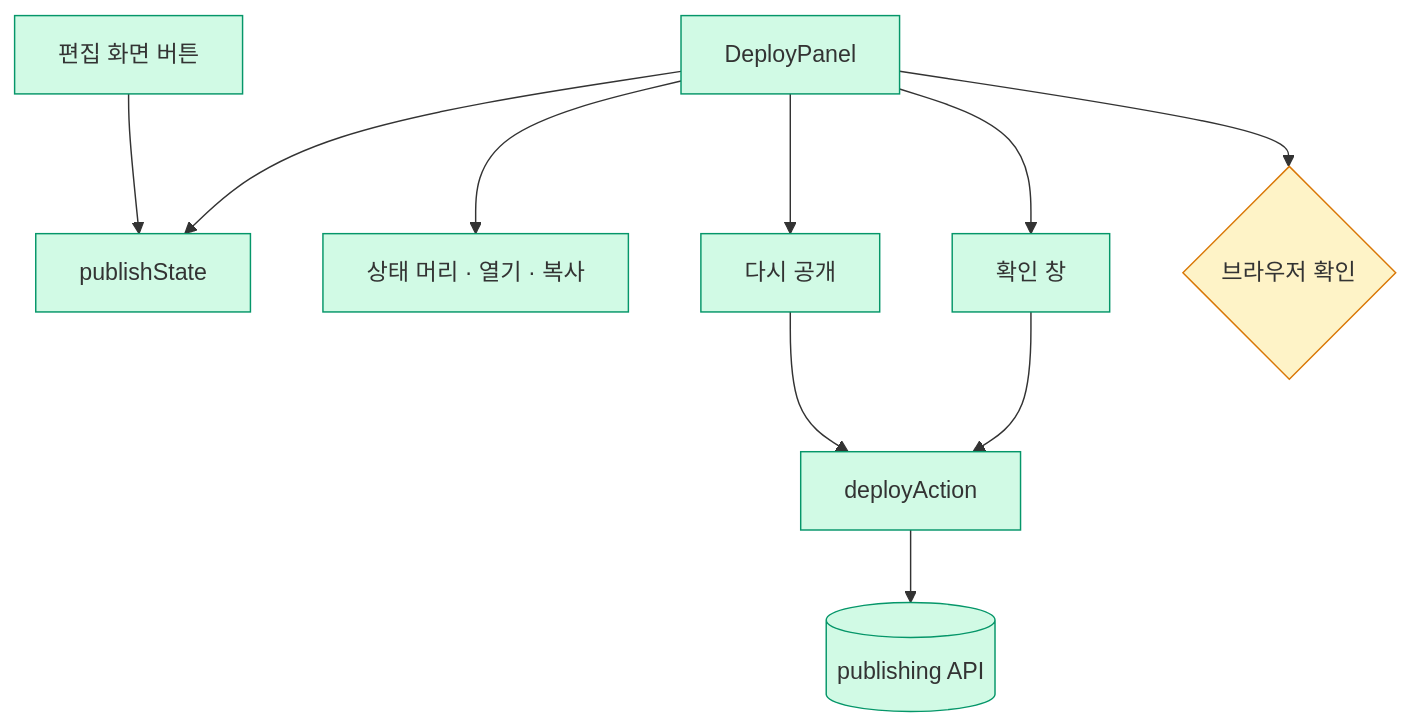
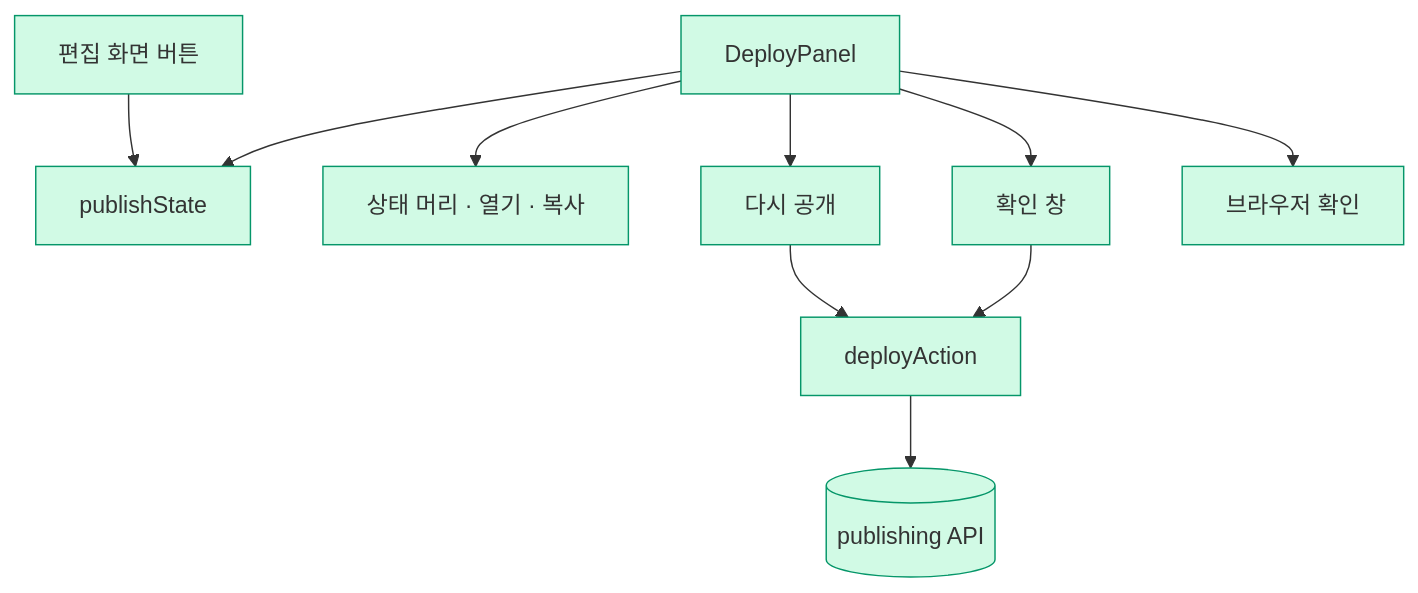
The diagram in .sitrep/sessions/20261120-1450-publish-flow/arch.mmd (Expresso-Organization/expresso), drawn with Mermaid before and after one commit. The commit also changed 7 other files, not shown here.

```diff
--- a/.sitrep/sessions/20261120-1450-publish-flow/arch.mmd
+++ b/.sitrep/sessions/20261120-1450-publish-flow/arch.mmd
@@ -1,14 +1,13 @@
 flowchart TD
   ED["편집 화면 버튼"] --> PS["publishState"]
   DP["DeployPanel"] --> PS
   DP --> SH["상태 머리 · 열기 · 복사"]
   DP --> CF["확인 창"]
   DP --> RO["다시 공개"]
   RO --> ACT["deployAction"]
   CF --> ACT
   ACT --> API[("publishing API")]
-  DP --> BR{"브라우저 확인"}
+  DP --> BR["브라우저 확인"]
   classDef done fill:#d1fae5,stroke:#059669
   classDef doing fill:#fef3c7,stroke:#d97706
-  class ED,PS,DP,SH,CF,RO,ACT,API done
-  class BR doing
+  class ED,PS,DP,SH,CF,RO,ACT,API,BR done
```
